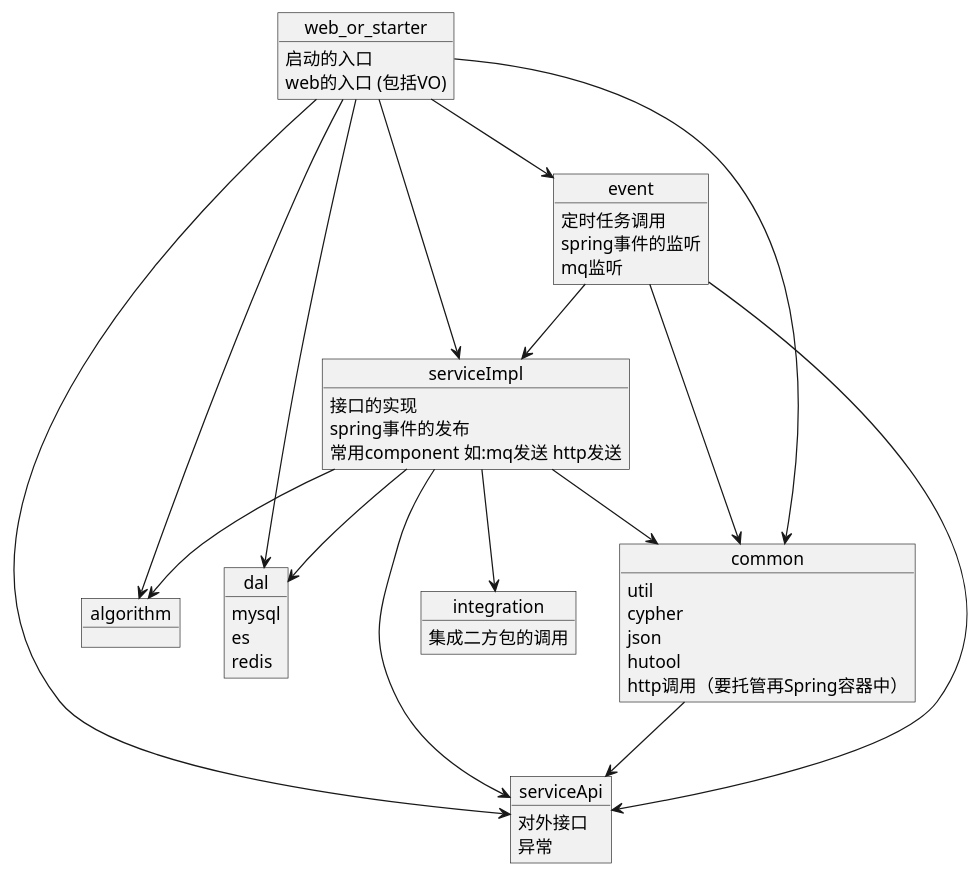
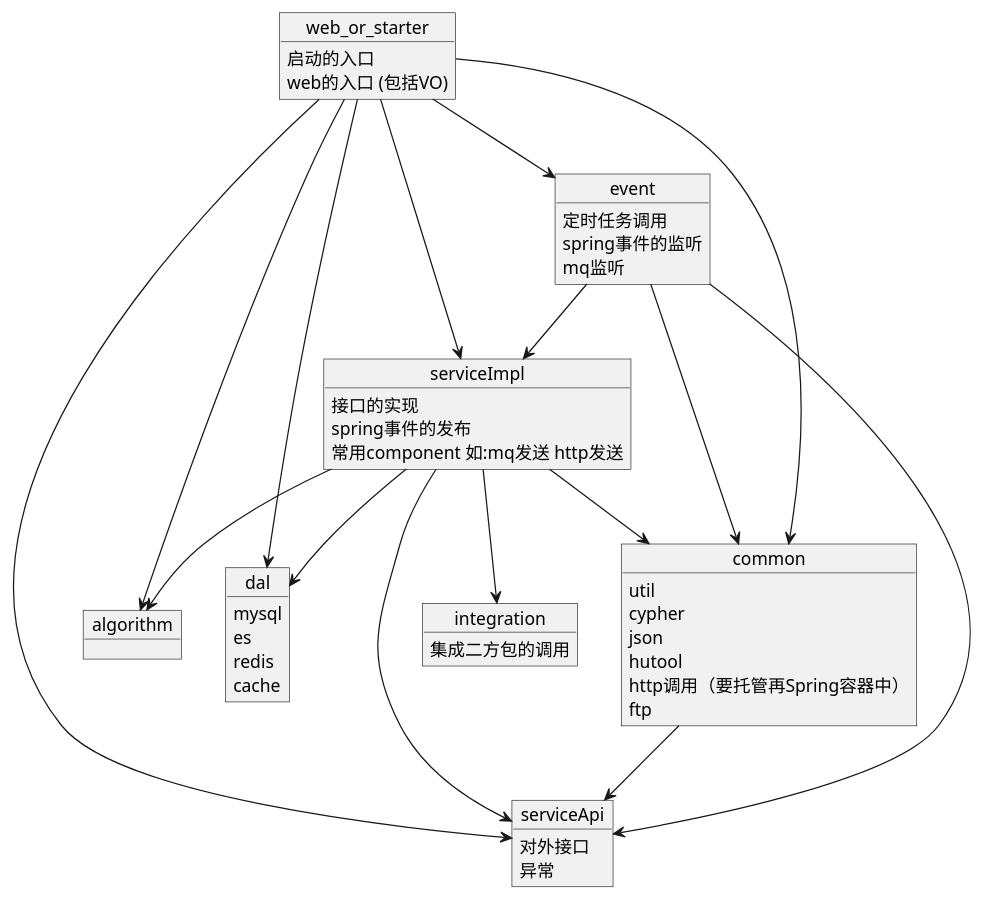
One commit to deipss/java-edu changed the diagram in uml/maven.puml. Above: the diagram before and after it, drawn with PlantUML. The commit also changed 1 other file, not shown here.

```diff
--- a/uml/maven.puml
+++ b/uml/maven.puml
@@ -1,59 +1,60 @@
 @startuml
 
 object algorithm
 object integration{
     集成二方包的调用
 }
 object common{
 util
 cypher
 json
 hutool
 http调用（要托管再Spring容器中）
+ftp
 }
 object event{
 定时任务调用
-
 spring事件的监听
 mq监听
 }
 object serviceApi{
 对外接口
 异常
 }
 object serviceImpl{
 接口的实现
 spring事件的发布
 常用component 如:mq发送 http发送
 }
 object dal{
 mysql
 es
 redis
+cache
 }
 object web_or_starter{
 启动的入口
 web的入口 (包括VO)
 }
 
 web_or_starter --> dal
 web_or_starter --> serviceApi
 web_or_starter --> serviceImpl
 web_or_starter --> event
 web_or_starter --> common
 web_or_starter --> algorithm
 
 serviceImpl --> serviceApi
 serviceImpl --> dal
 serviceImpl --> common
 serviceImpl --> algorithm
 serviceImpl --> integration
 
 event --> serviceApi
 event --> serviceImpl
 event --> common
 
 
 common --> serviceApi
 
 @enduml
```
